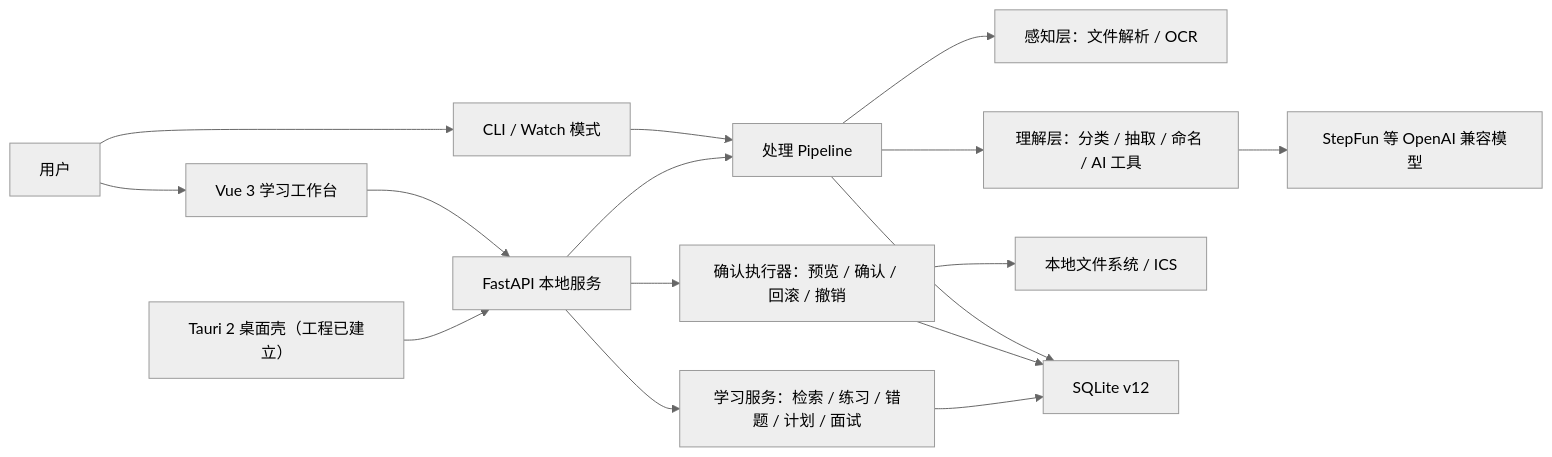
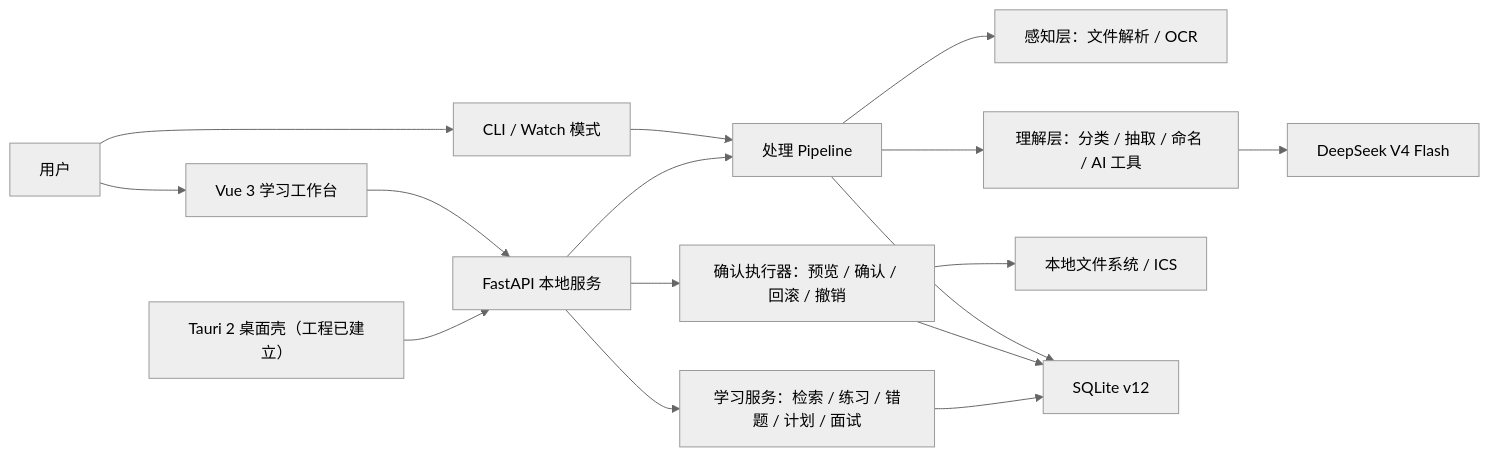
Before and after one commit to YL617/Filemate: the diagram in README.md, drawn with Mermaid (neutral theme). The commit also changed other lines of this file and 20 other files, not shown here.

Commit message:
refactor(llm): 配置 DeepSeek V4 Flash 运行时

````diff
--- a/README.md
+++ b/README.md
@@ -138,18 +138,18 @@
 ```mermaid
 flowchart LR
     U["用户"] --> V["Vue 3 学习工作台"]
     U --> C["CLI / Watch 模式"]
     V --> A["FastAPI 本地服务"]
     T["Tauri 2 桌面壳（工程已建立）"] --> A
     C --> P["处理 Pipeline"]
     A --> P
     P --> R["感知层：文件解析 / OCR"]
     P --> N["理解层：分类 / 抽取 / 命名 / AI 工具"]
-    N --> L["StepFun 等 OpenAI 兼容模型"]
+    N --> L["DeepSeek V4 Flash"]
     A --> E["确认执行器：预览 / 确认 / 回滚 / 撤销"]
     A --> K["学习服务：检索 / 练习 / 错题 / 计划 / 面试"]
     E --> F["本地文件系统 / ICS"]
     P --> S["SQLite v12"]
     E --> S
     K --> S
 ```
````
